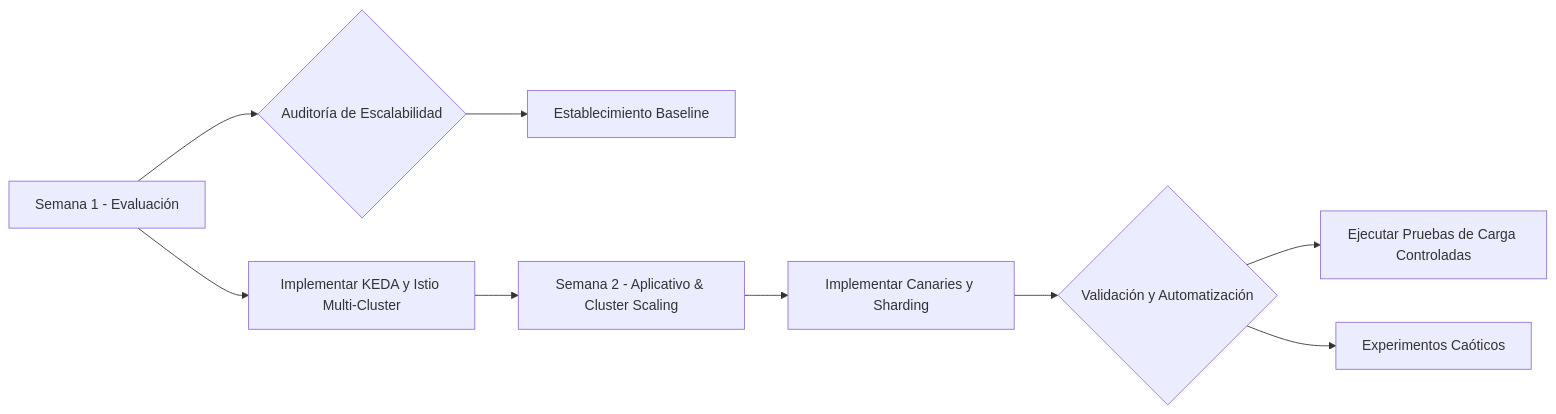
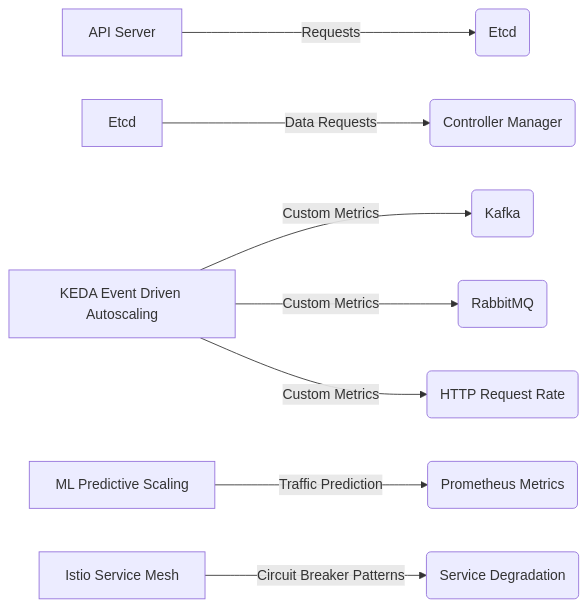
The fifth of 13 diagrams in Otros_Activos_Mastery/kubernetes:_auto-escalado_y_service_mesh_en_2026_STAFF.md (Joaquinriosheredia/DAM-Java-Mastery), drawn with Mermaid before and after one commit. The commit also changed other lines of this file, not shown here.

Commit message:
feat: manual de autoridad sobre Kubernetes: Auto-escalado y Service Mesh en 2026 (Staff Level)

````diff
--- a/Otros_Activos_Mastery/kubernetes:_auto-escalado_y_service_mesh_en_2026_STAFF.md
+++ b/Otros_Activos_Mastery/kubernetes:_auto-escalado_y_service_mesh_en_2026_STAFF.md
@@ -368,11 +381,10 @@
 ```mermaid
 graph LR;
-    A[Semana 1 - Evaluación] --> B{Auditoría de Escalabilidad};
-    B --> C[Establecimiento Baseline];
-    A --> D[Implementar KEDA y Istio Multi-Cluster];
-    D --> E[Semana 2 - Aplicativo & Cluster Scaling];
-    E --> F[Implementar Canaries y Sharding];
-    F --> G{Validación y Automatización};
-    G --> H[Ejecutar Pruebas de Carga Controladas];
-    G --> I[Experimentos Caóticos];
+    A[API Server] -- "Requests" --> B(Etcd);
+    C[Etcd] -- "Data Requests" --> D(Controller Manager);
+    E[KEDA Event Driven Autoscaling] -- "Custom Metrics" --> F(Kafka) & G(RabbitMQ) & H(HTTP Request Rate);
+    
+    I[ML Predictive Scaling] -- "Traffic Prediction" --> J(Prometheus Metrics);
+    
+    K[Istio Service Mesh] -- "Circuit Breaker Patterns" --> L(Service Degradation);
 ```
````
